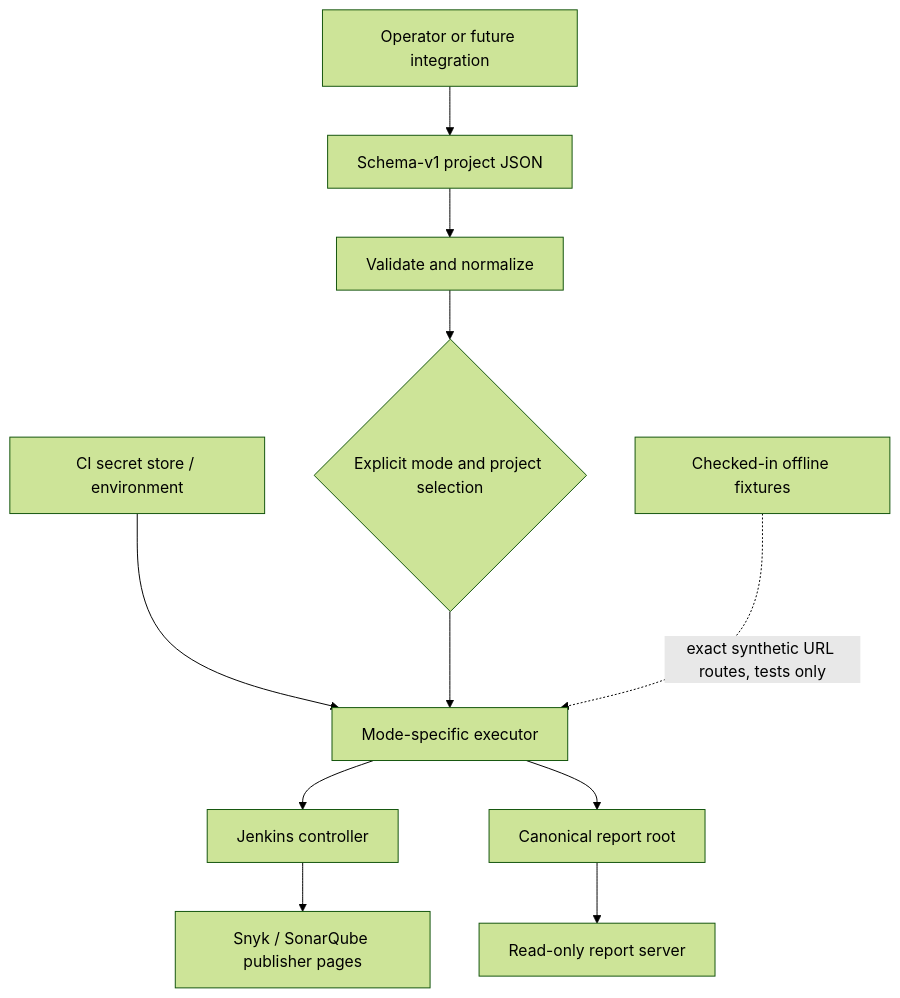
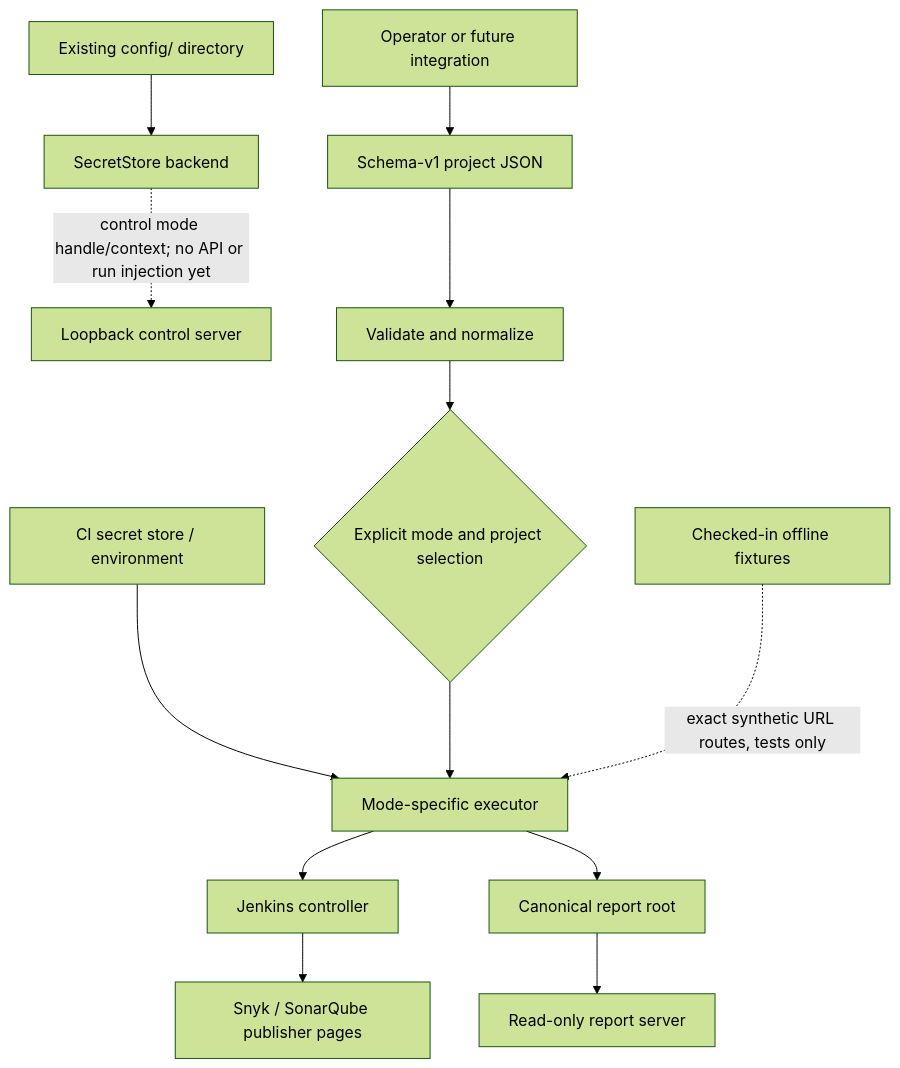
Before and after one commit to loidinhm31/auto-jobs: the first of 3 diagrams in docs/system-architecture.md, drawn with Mermaid (forest theme). The commit also changed other lines of this file and 22 other files, not shown here.

Commit message:
feat(reporting): implement SecretStore backend module for serve control

````diff
--- a/docs/system-architecture.md
+++ b/docs/system-architecture.md
@@ -20,13 +25,15 @@
 ```mermaid
 flowchart TB
   Operator[Operator or future integration] --> ConfigFile[Schema-v1 project JSON]
+  ConfigRoot[Existing config/ directory] --> SecretStore[SecretStore backend]
+  SecretStore -. control mode handle/context; no API or run injection yet .-> Control[Loopback control server]
   Secrets[CI secret store / environment] --> Executor
   ConfigFile --> Loader[Validate and normalize]
   Loader --> Selector{Explicit mode and project selection}
   Selector --> Executor[Mode-specific executor]
   Executor --> Jenkins[Jenkins controller]
   Jenkins --> ReportSources[Snyk / SonarQube publisher pages]
   Executor --> ReportRoot[Canonical report root]
   ReportRoot --> ReadOnlyServer[Read-only report server]
   Templates[Checked-in offline fixtures] -. exact synthetic URL routes, tests only .-> Executor
 ```
````
